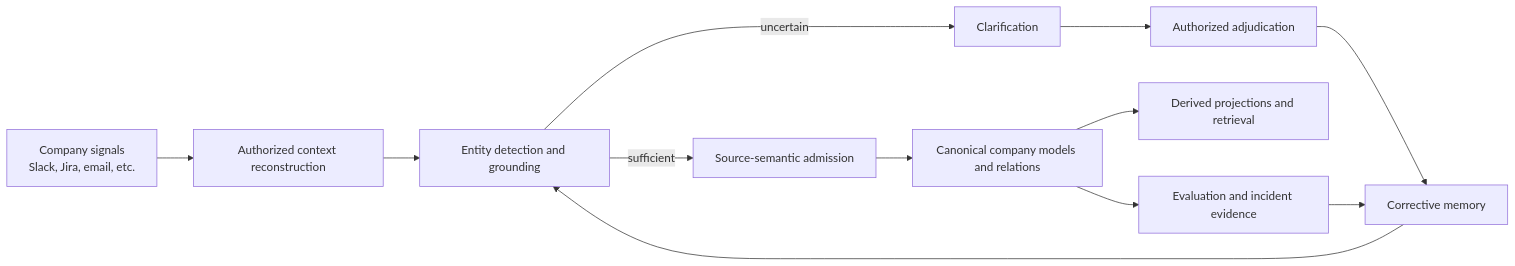
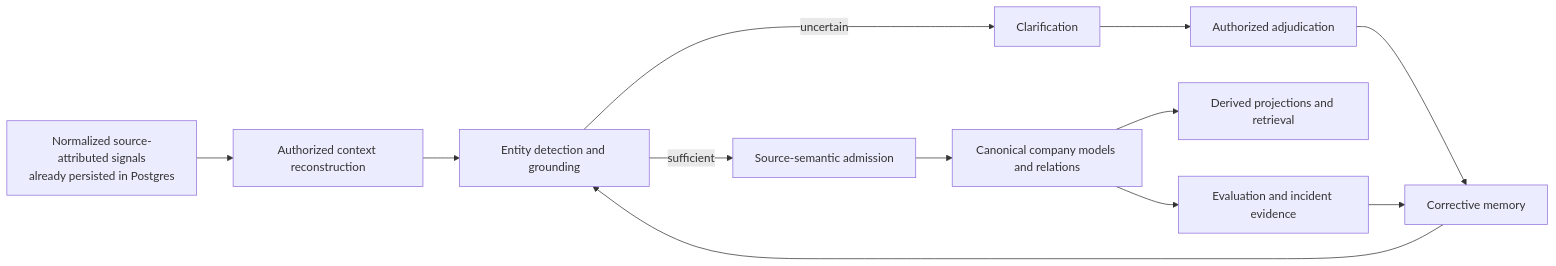
Before and after one commit to Fyralisinc/fyraliscore: the first of 2 diagrams in docs/plans/autonomous-company-learning-journey-status.md, drawn with Mermaid. The commit also changed other lines of this file and 2 other files, not shown here.

````diff
--- a/docs/plans/autonomous-company-learning-journey-status.md
+++ b/docs/plans/autonomous-company-learning-journey-status.md
@@ -79,14 +86,14 @@
 ```mermaid
 flowchart LR
-    S["Company signals<br/>Slack, Jira, email, etc."] --> C["Authorized context reconstruction"]
+    S["Normalized source-attributed signals<br/>already persisted in Postgres"] --> C["Authorized context reconstruction"]
     C --> G["Entity detection and grounding"]
     G -->|sufficient| M["Source-semantic admission"]
     G -->|uncertain| Q["Clarification"]
     Q --> A["Authorized adjudication"]
     A --> R["Corrective memory"]
     R --> G
     M --> K["Canonical company models and relations"]
     K --> P["Derived projections and retrieval"]
     K --> E["Evaluation and incident evidence"]
     E --> R
 ```
````
